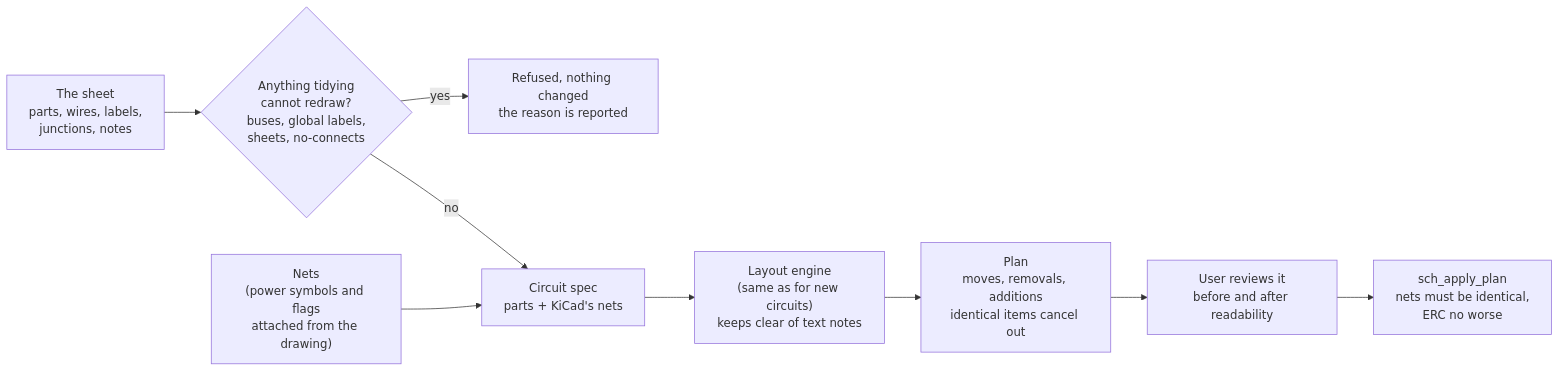
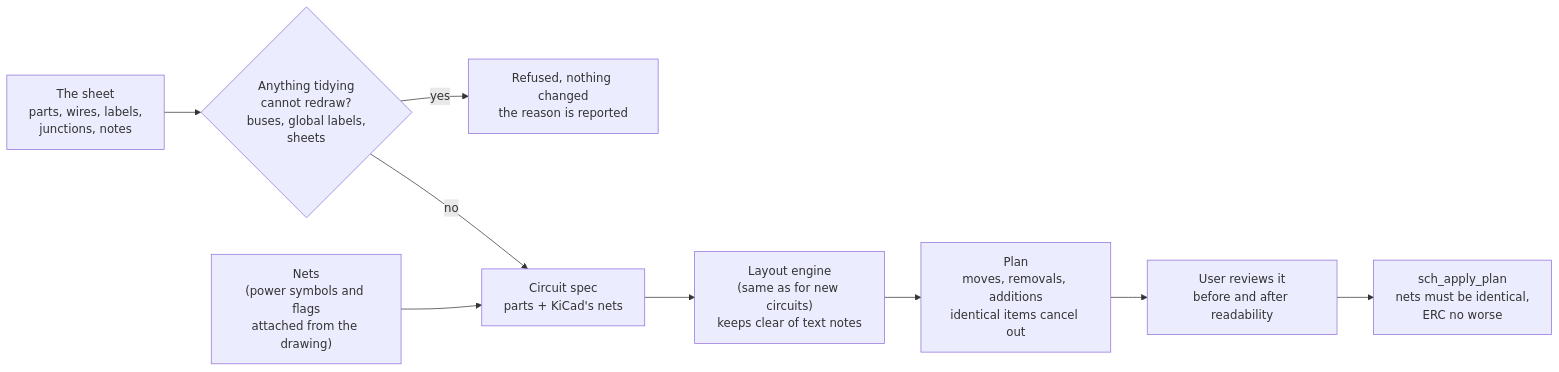
Before and after one commit to bkrajendra/thingsvu-tools: the seventh of 13 diagrams in docs/architecture.md, drawn with Mermaid. The commit also changed 29 other files, not shown here.

````diff
--- a/docs/architecture.md
+++ b/docs/architecture.md
@@ -188,11 +188,11 @@
 ```mermaid
 flowchart LR
-    SHEET["The sheet<br/>parts, wires, labels,<br/>junctions, notes"] --> CHECK{"Anything tidying<br/>cannot redraw?<br/>buses, global labels,<br/>sheets, no-connects"}
+    SHEET["The sheet<br/>parts, wires, labels,<br/>junctions, notes"] --> CHECK{"Anything tidying<br/>cannot redraw?<br/>buses, global labels,<br/>sheets"}
     CHECK -->|yes| REFUSE["Refused, nothing changed<br/>the reason is reported"]
     CHECK -->|no| SPEC["Circuit spec<br/>parts + KiCad's nets"]
     NETS["Nets<br/>(power symbols and flags<br/>attached from the drawing)"] --> SPEC
     SPEC --> LAYOUT["Layout engine<br/>(same as for new circuits)<br/>keeps clear of text notes"]
     LAYOUT --> DIFF["Plan<br/>moves, removals, additions<br/>identical items cancel out"]
     DIFF --> REVIEW["User reviews it<br/>before and after readability"]
     REVIEW --> APPLY["sch_apply_plan<br/>nets must be identical,<br/>ERC no worse"]
 ```
````
